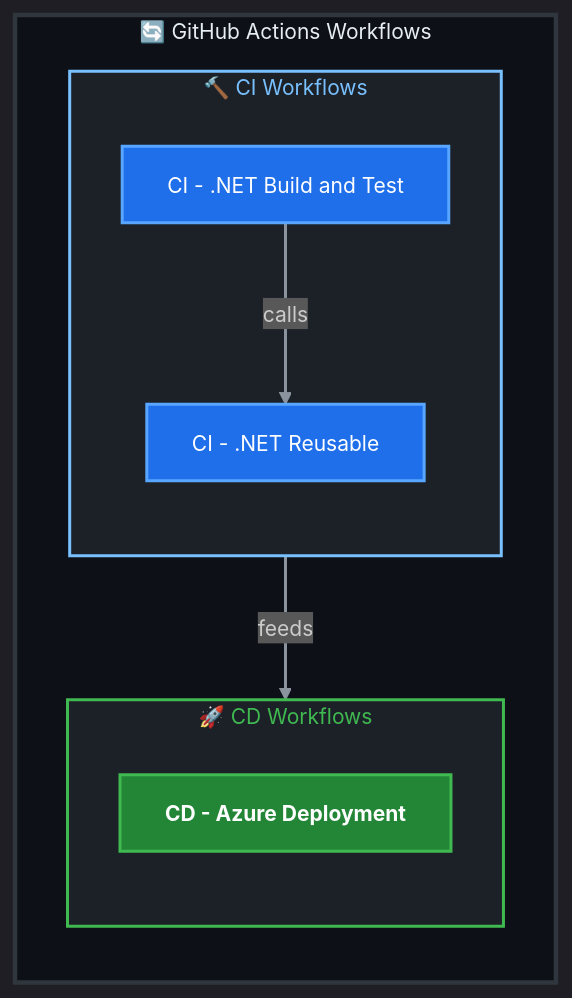
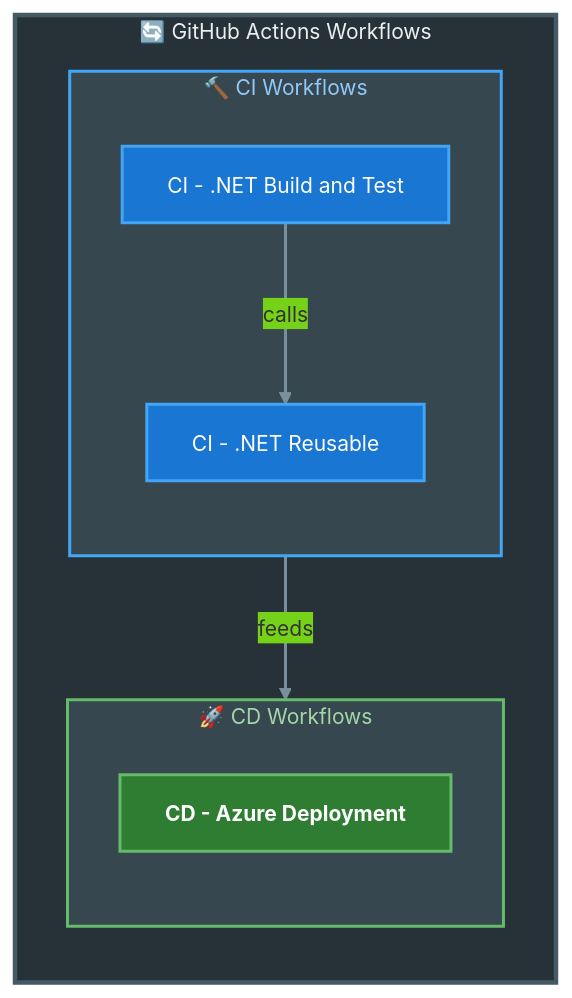
The first of 2 diagrams in docs/workflows/README.md (Evilazaro/Azure-LogicApps-Monitoring), drawn with Mermaid before and after one commit. The commit also changed 1 other file, not shown here.

Commit message:
docs: Update workflow diagrams with improved styling for better clarity and visualization

````diff
--- a/docs/workflows/README.md
+++ b/docs/workflows/README.md
@@ -9,29 +9,29 @@
 ```mermaid
-%%{init: {'theme': 'dark', 'themeVariables': {'fontSize': '14px', 'primaryColor': '#1f6feb', 'lineColor': '#8b949e'}}}%%
+%%{init: {'theme': 'base', 'themeVariables': {'fontSize': '14px', 'primaryColor': '#1976D2', 'lineColor': '#78909C', 'textColor': '#37474F'}}}%%
 flowchart LR
     subgraph workflows["🔄 GitHub Actions Workflows"]
         direction TB
-        style workflows fill:#0d1117,stroke:#30363d,stroke-width:3px,color:#e6edf3
+        style workflows fill:#263238,stroke:#455A64,stroke-width:3px,color:#ECEFF1
         
         subgraph ci-workflows["🔨 CI Workflows"]
             direction TB
-            style ci-workflows fill:#1c2128,stroke:#79c0ff,stroke-width:2px,color:#79c0ff
+            style ci-workflows fill:#37474F,stroke:#42A5F5,stroke-width:2px,color:#90CAF9
             ci["CI - .NET Build and Test"]:::node-build
             ci-reusable["CI - .NET Reusable"]:::node-build
         end
         
         subgraph cd-workflows["🚀 CD Workflows"]
             direction TB
-            style cd-workflows fill:#1c2128,stroke:#3fb950,stroke-width:2px,color:#3fb950
+            style cd-workflows fill:#37474F,stroke:#66BB6A,stroke-width:2px,color:#A5D6A7
             cd["CD - Azure Deployment"]:::node-production
         end
     end
     
     ci -->|"calls"| ci-reusable
     ci-reusable -->|"feeds"| cd
     
-    classDef node-build fill:#1f6feb,stroke:#58a6ff,stroke-width:2px,color:#ffffff
-    classDef node-production fill:#238636,stroke:#3fb950,stroke-width:2px,color:#ffffff,font-weight:bold
+    classDef node-build fill:#1976D2,stroke:#42A5F5,stroke-width:2px,color:#FFFFFF
+    classDef node-production fill:#2E7D32,stroke:#66BB6A,stroke-width:2px,color:#FFFFFF,font-weight:bold
     
-    linkStyle default stroke:#8b949e,stroke-width:2px
+    linkStyle default stroke:#78909C,stroke-width:2px
 ```
````
